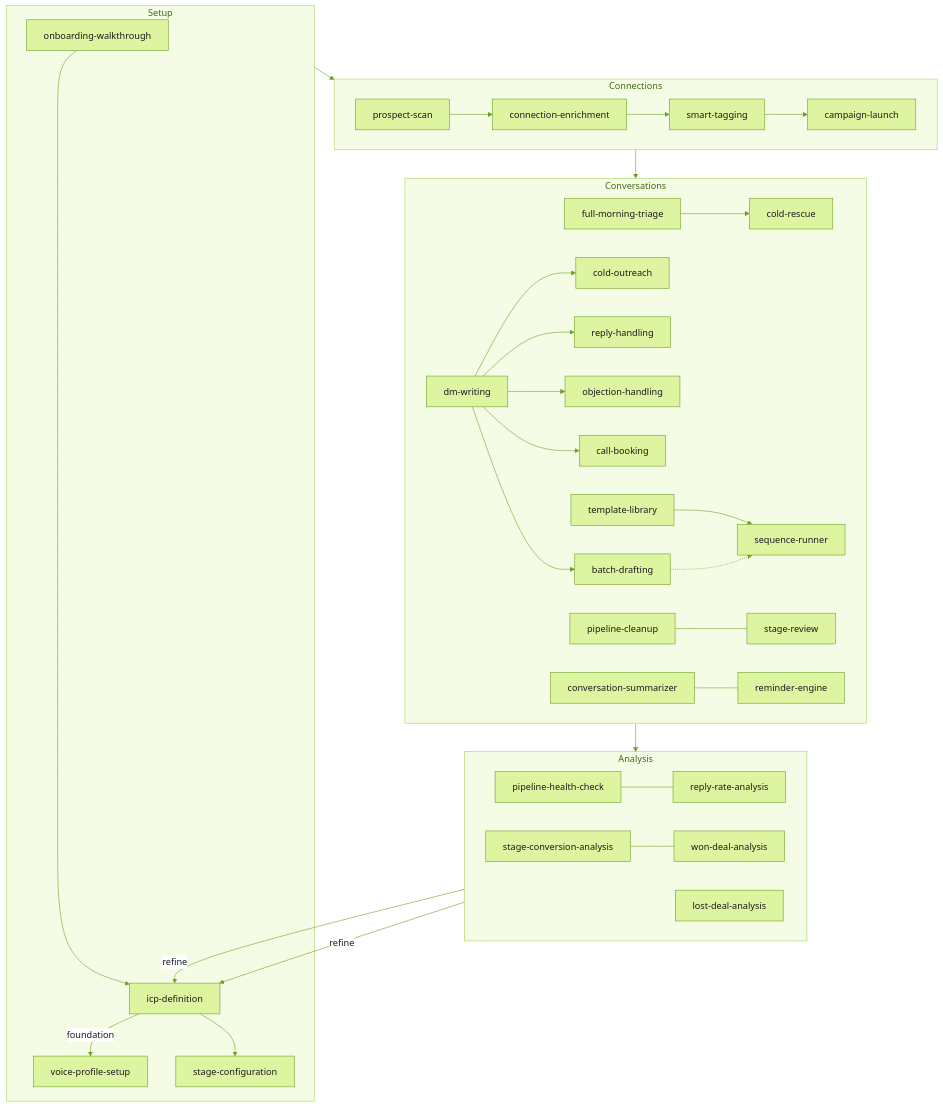
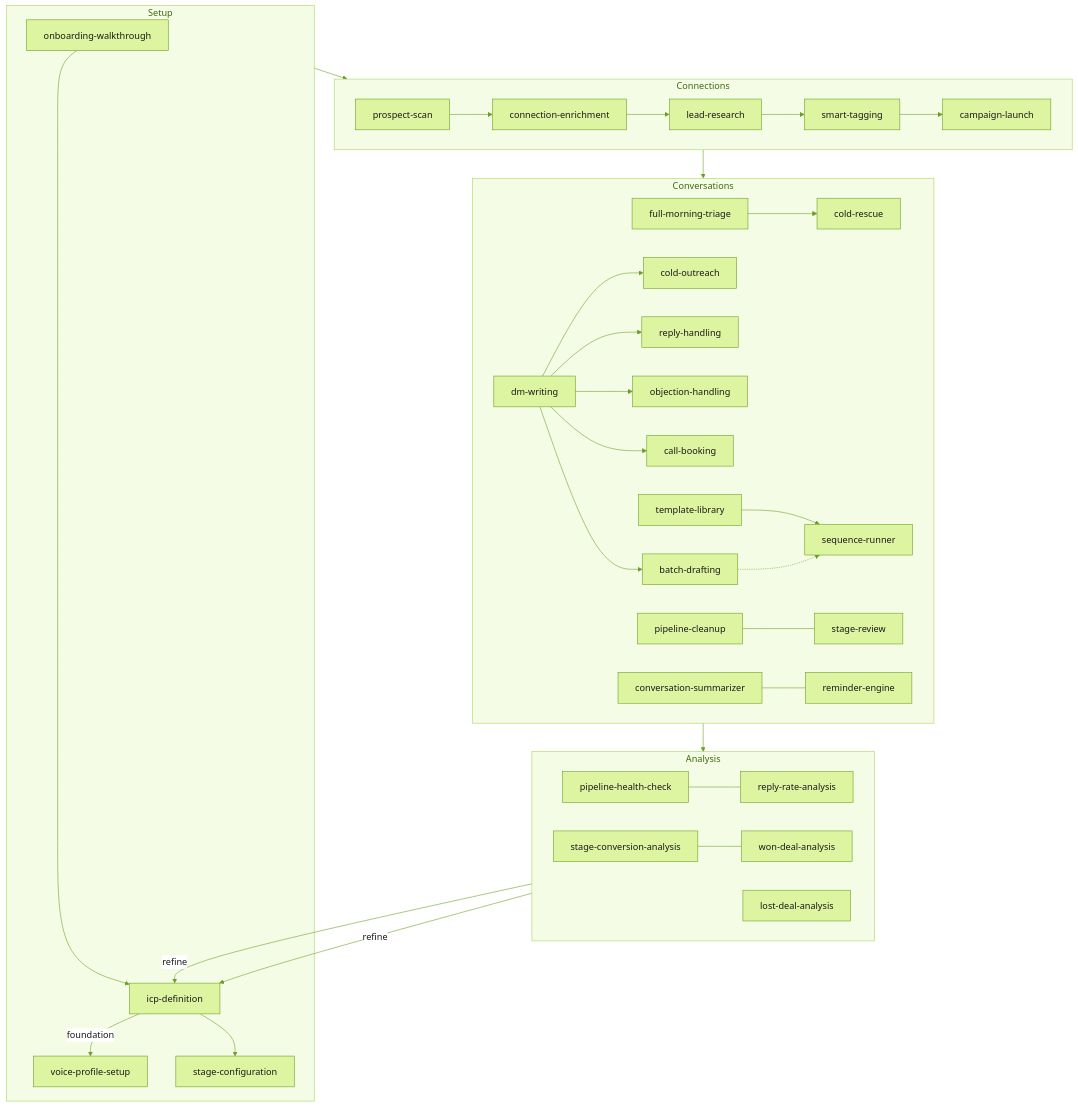
Before and after one commit to stvbutlr/linkninja-skills: the diagram in README.md, drawn with Mermaid. The commit also changed other lines of this file and 16 other files, not shown here.

````diff
--- a/README.md
+++ b/README.md
@@ -116,50 +121,51 @@
 ```mermaid
 %%{init: {'theme': 'base', 'themeVariables': {
   'primaryColor': '#ddf4a0',
   'primaryTextColor': '#1a1a1a',
   'primaryBorderColor': '#6b9e23',
   'lineColor': '#6b9e23',
   'clusterBkg': '#f5fce6',
   'clusterBorder': '#a8d45a',
   'titleColor': '#3d6b0f',
   'edgeLabelBackground': '#ffffff',
   'fontFamily': 'JetBrains Mono, monospace'
 }}}%%
 flowchart TD
     subgraph Setup
         OW[onboarding-walkthrough] --> ICP[icp-definition]
         ICP -->|foundation| VP[voice-profile-setup]
         ICP --> SC[stage-configuration]
     end
 
     subgraph Connections
         PS[prospect-scan] --> CE[connection-enrichment]
-        CE --> ST[smart-tagging]
+        CE --> LR[lead-research]
+        LR --> ST[smart-tagging]
         ST --> CL[campaign-launch]
     end
 
     subgraph Conversations
         direction LR
         FMT[full-morning-triage] --> CR[cold-rescue]
         DM[dm-writing] --> CO[cold-outreach]
         DM --> RH[reply-handling]
         DM --> OH[objection-handling]
         DM --> CB[call-booking]
         DM --> BD[batch-drafting]
         TL[template-library] --> SQR[sequence-runner]
         BD -.-> SQR
         PC[pipeline-cleanup] --- SR[stage-review]
         CS[conversation-summarizer] --- RE[reminder-engine]
     end
 
     subgraph Analysis
         direction LR
         PHC[pipeline-health-check] --- RRA[reply-rate-analysis]
         SCA[stage-conversion-analysis] --- WDA[won-deal-analysis]
         LDA[lost-deal-analysis]
     end
 
     Setup --> Connections --> Conversations --> Analysis
     WDA -->|refine| ICP
     LDA -->|refine| ICP
 ```
````
